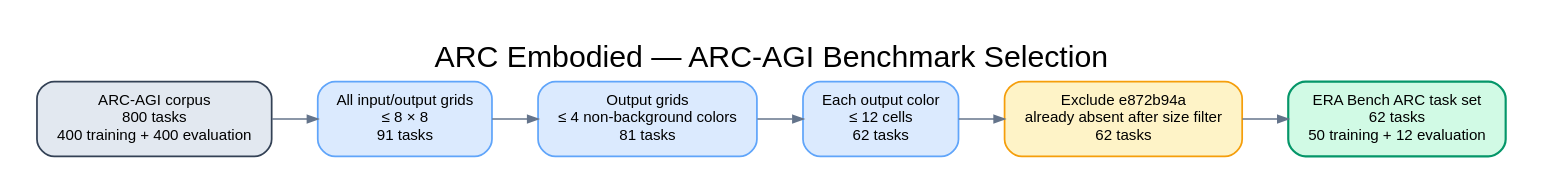
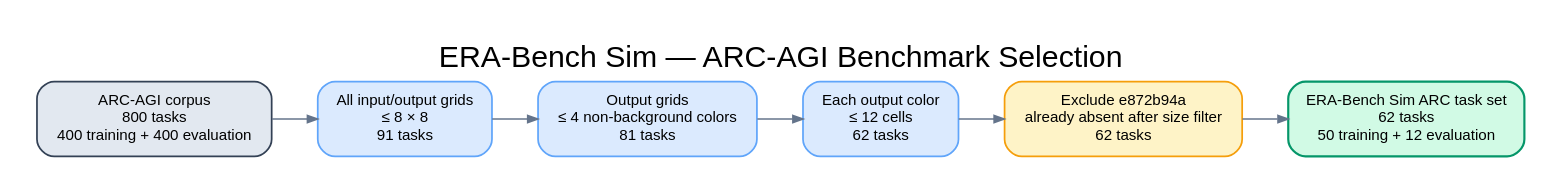
One commit to nardo7/era_bench changed the diagram in source/era_bench/docs/architecture/arc_embodied_task_selection.dot. Above: the diagram before and after it, drawn with Graphviz. The commit also changed 35 other files, not shown here.

First line of the commit message:
Calibrate ERA-Bench scene visuals and grid resets (#2)

```diff
--- a/source/era_bench/docs/architecture/arc_embodied_task_selection.dot
+++ b/source/era_bench/docs/architecture/arc_embodied_task_selection.dot
@@ -1,68 +1,68 @@
 digraph ArcEmbodiedTaskSelection {
   graph [
-    label="ARC Embodied — ARC-AGI Benchmark Selection",
+    label="ERA-Bench Sim — ARC-AGI Benchmark Selection",
     labelloc=t,
     fontsize=21,
     fontname="Arial",
     rankdir=LR,
     bgcolor="white",
     pad=0.25,
     nodesep=0.25,
     ranksep=0.45,
     splines=polyline
   ];
 
   node [
     shape=box,
     style="rounded,filled",
     fontname="Arial",
     fontsize=10.5,
     color="#334155",
     penwidth=1.2,
     margin="0.16,0.11"
   ];
 
   edge [
     color="#64748B",
     arrowsize=0.7,
     penwidth=1.1
   ];
 
   corpus [
     label="ARC-AGI corpus\n800 tasks\n400 training + 400 evaluation",
     fillcolor="#E2E8F0"
   ];
 
   size [
     label="All input/output grids\n≤ 8 × 8\n91 tasks",
     fillcolor="#DBEAFE",
     color="#60A5FA"
   ];
 
   colors [
     label="Output grids\n≤ 4 non-background colors\n81 tasks",
     fillcolor="#DBEAFE",
     color="#60A5FA"
   ];
 
   pixels [
     label="Each output color\n≤ 12 cells\n62 tasks",
     fillcolor="#DBEAFE",
     color="#60A5FA"
   ];
 
   exclusion [
     label="Exclude e872b94a\nalready absent after size filter\n62 tasks",
     fillcolor="#FEF3C7",
     color="#F59E0B"
   ];
 
   selected [
-    label="ERA Bench ARC task set\n62 tasks\n50 training + 12 evaluation",
+    label="ERA-Bench Sim ARC task set\n62 tasks\n50 training + 12 evaluation",
     fillcolor="#D1FAE5",
     color="#059669",
     penwidth=1.5
   ];
 
   corpus -> size -> colors -> pixels -> exclusion -> selected;
 }
```
